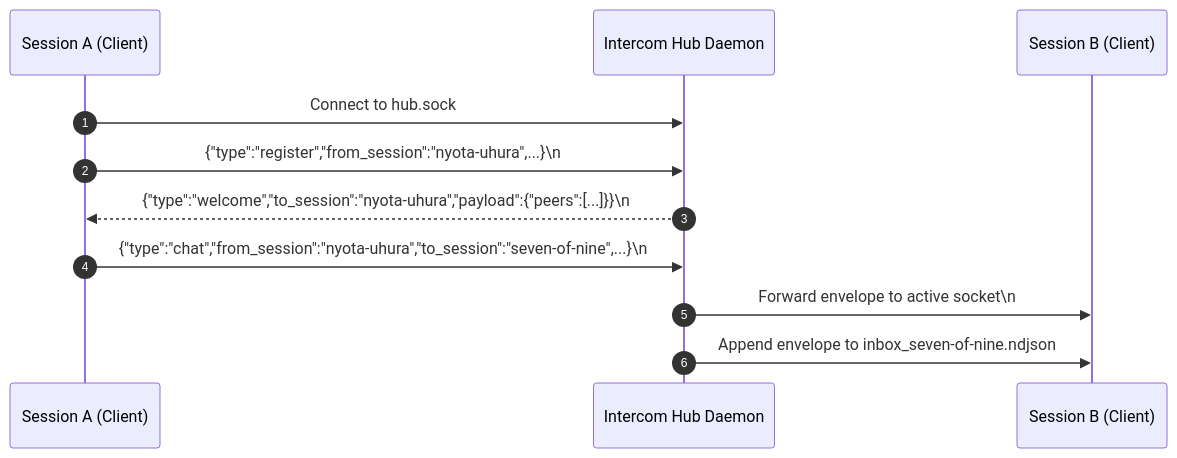
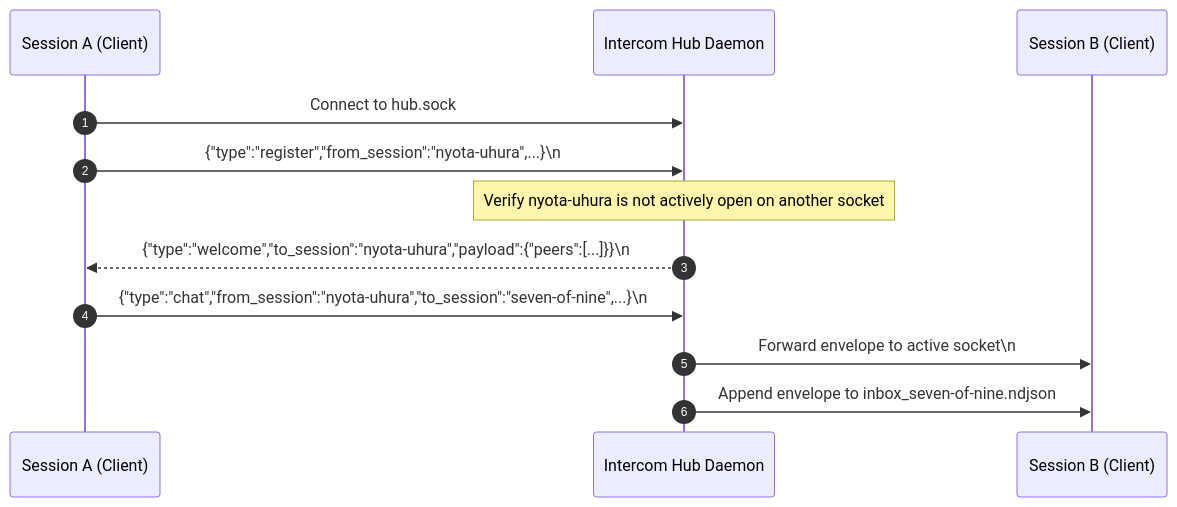
The diagram in agents/intercom/references/protocol.md (danicat/skills), drawn with Mermaid before and after one commit. The commit also changed other lines of this file and 16 other files, not shown here.

````diff
--- a/agents/intercom/references/protocol.md
+++ b/agents/intercom/references/protocol.md
@@ -52,14 +52,16 @@
 ```mermaid
 sequenceDiagram
     autonumber
-    participant Client as Session A (Client)
+    participant ClientA as Session A (Client)
     participant Hub as Intercom Hub Daemon
-    participant Target as Session B (Client)
+    participant ClientB as Session B (Client)
 
-    Client->>Hub: Connect to hub.sock
-    Client->>Hub: {"type":"register","from_session":"nyota-uhura",...}\n
-    Hub-->>Client: {"type":"welcome","to_session":"nyota-uhura","payload":{"peers":[...]}}\n
-    Client->>Hub: {"type":"chat","from_session":"nyota-uhura","to_session":"seven-of-nine",...}\n
-    Hub->>Target: Forward envelope to active socket\n
-    Hub->>Target: Append envelope to inbox_seven-of-nine.ndjson
+    ClientA->>Hub: Connect to hub.sock
+    ClientA->>Hub: {"type":"register","from_session":"nyota-uhura",...}\n
+    Note over Hub: Verify nyota-uhura is not actively open on another socket
+    Hub-->>ClientA: {"type":"welcome","to_session":"nyota-uhura","payload":{"peers":[...]}}\n
+    
+    ClientA->>Hub: {"type":"chat","from_session":"nyota-uhura","to_session":"seven-of-nine",...}\n
+    Hub->>ClientB: Forward envelope to active socket\n
+    Hub->>ClientB: Append envelope to inbox_seven-of-nine.ndjson
 ```
````
